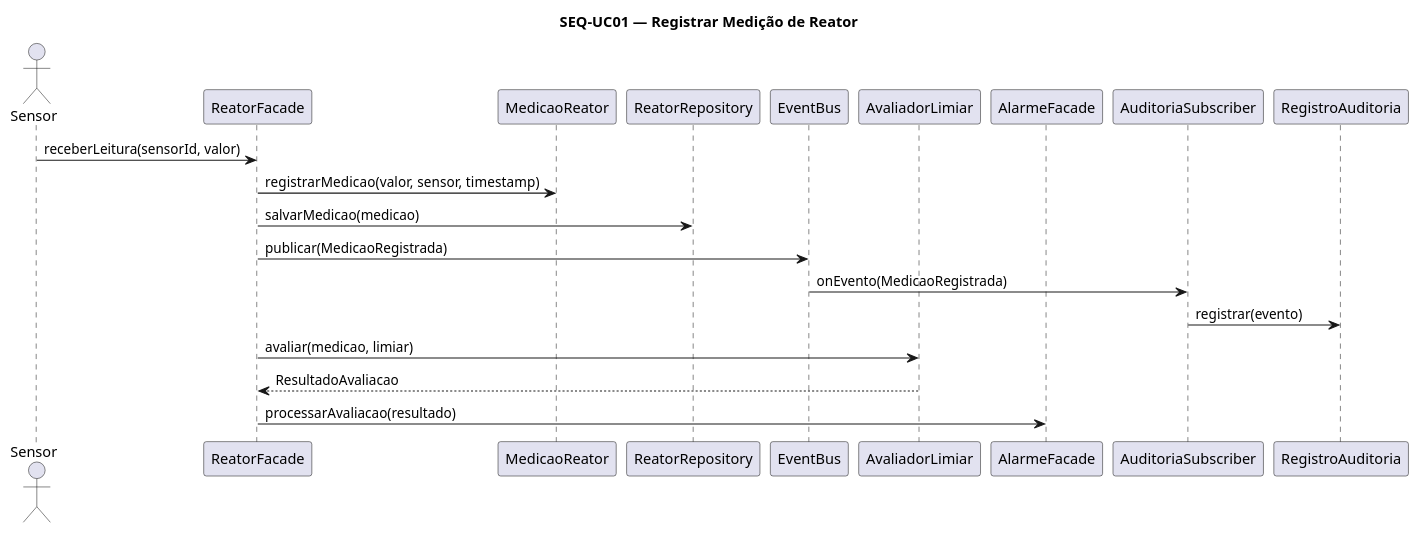
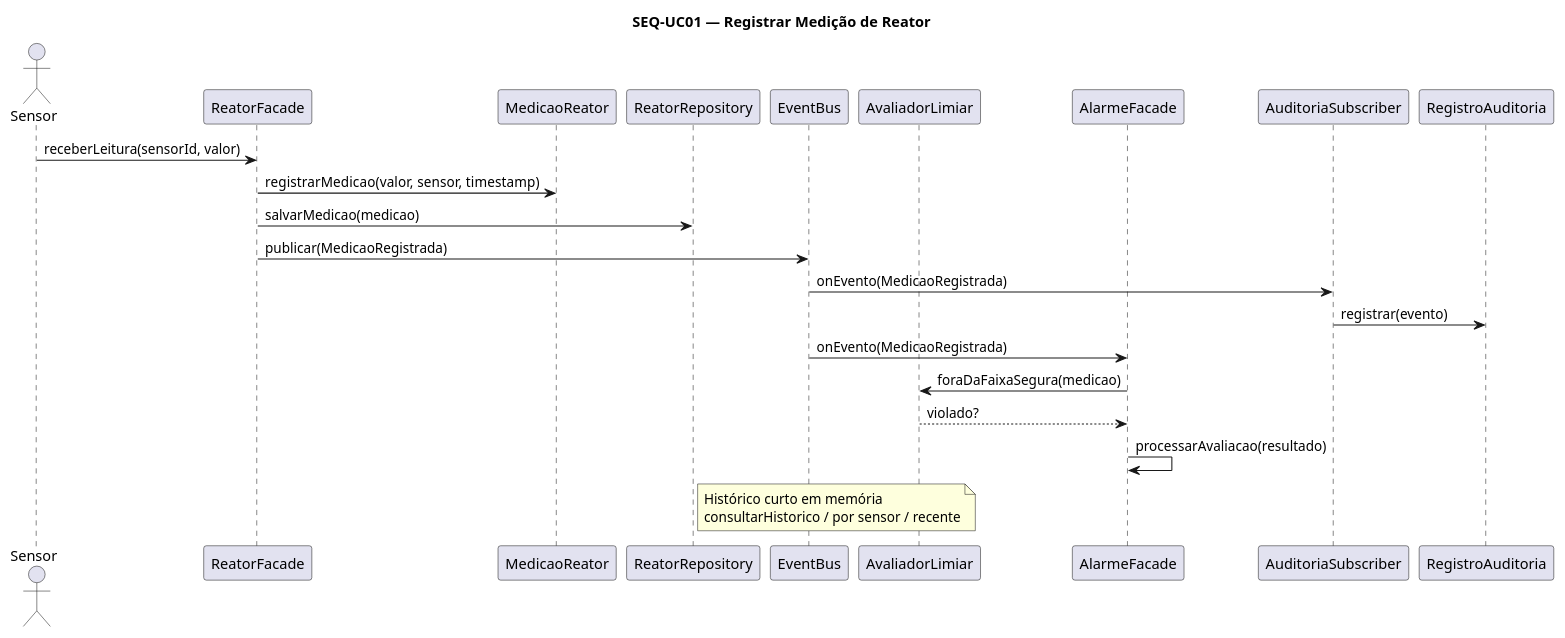
Before and after one commit to rlampago22/RP-IV: the diagram in docs/marco1/diagramas/seq-uc01-medicao.puml, drawn with PlantUML. The commit also changed 9 other files, not shown here.

First line of the commit message:
feat: histórico curto de medições e T02 Sensores (Opção A)

```diff
--- a/docs/marco1/diagramas/seq-uc01-medicao.puml
+++ b/docs/marco1/diagramas/seq-uc01-medicao.puml
@@ -1,25 +1,31 @@
 @startuml seq-uc01-medicao
 title SEQ-UC01 — Registrar Medição de Reator
 skinparam shadowing false
 
 actor Sensor
 participant "ReatorFacade" as RF
 participant "MedicaoReator" as MR
 participant "ReatorRepository" as RR
 participant "EventBus" as Bus
 participant "AvaliadorLimiar" as AL
 participant "AlarmeFacade" as AF
 participant "AuditoriaSubscriber" as Aud
 participant "RegistroAuditoria" as Reg
 
 Sensor -> RF: receberLeitura(sensorId, valor)
 RF -> MR: registrarMedicao(valor, sensor, timestamp)
 RF -> RR: salvarMedicao(medicao)
 RF -> Bus: publicar(MedicaoRegistrada)
 Bus -> Aud: onEvento(MedicaoRegistrada)
 Aud -> Reg: registrar(evento)
-RF -> AL: avaliar(medicao, limiar)
-AL --> RF: ResultadoAvaliacao
-RF -> AF: processarAvaliacao(resultado)
+Bus -> AF: onEvento(MedicaoRegistrada)
+AF -> AL: foraDaFaixaSegura(medicao)
+AL --> AF: violado?
+AF -> AF: processarAvaliacao(resultado)
+
+note right of RR
+  Histórico curto em memória
+  consultarHistorico / por sensor / recente
+end note
 
 @enduml
```
